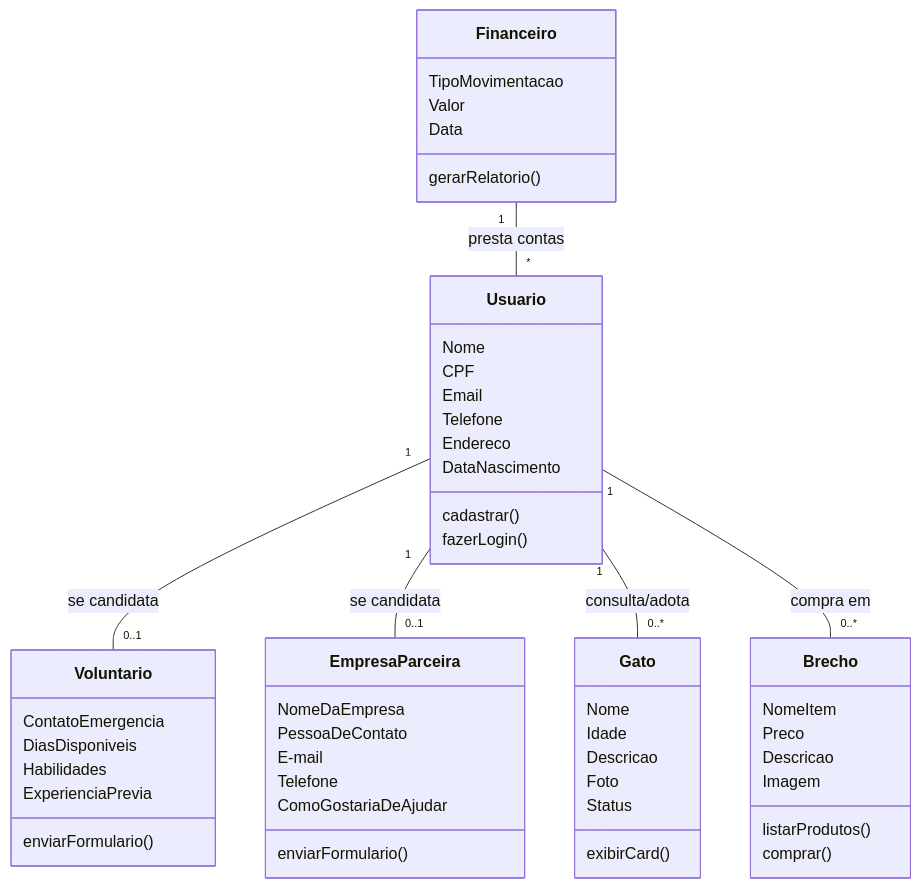
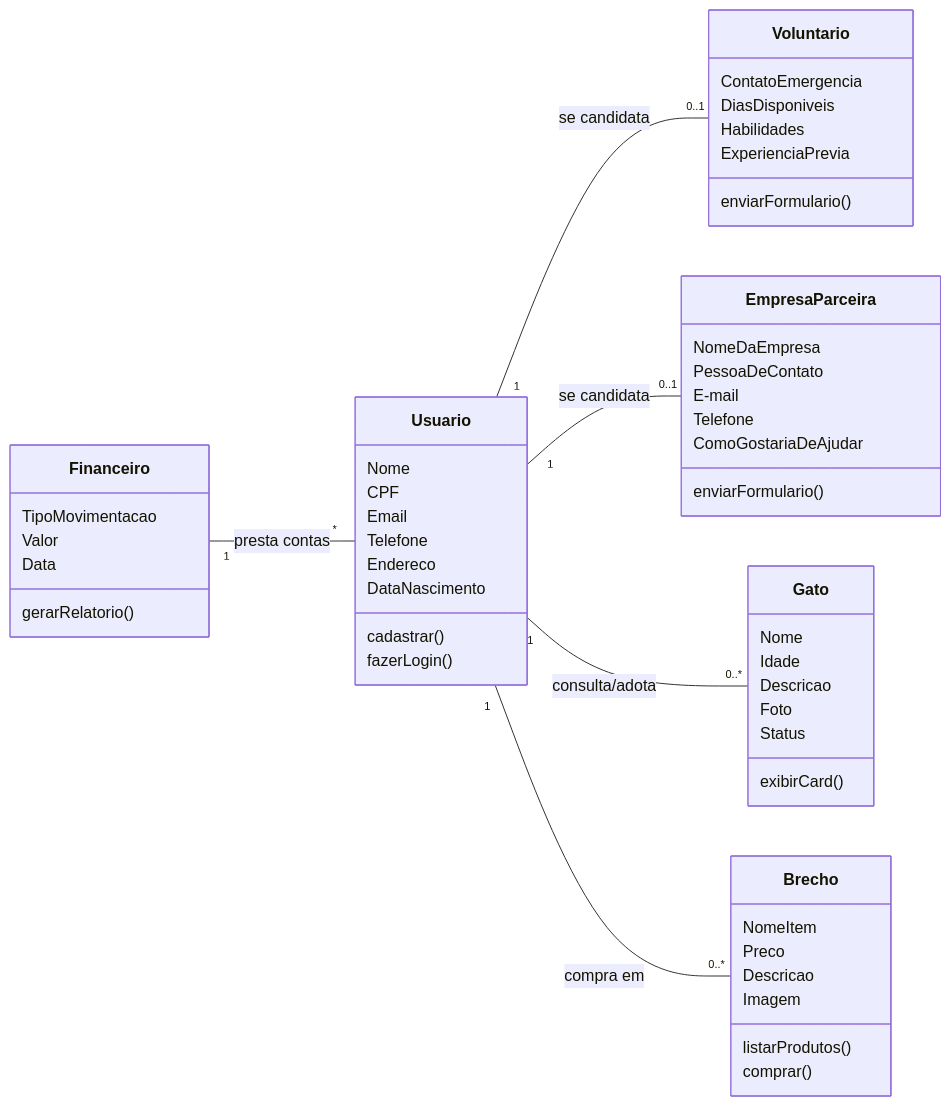
One commit to ligiaoliveira/Casa-dos-Gatos changed the tenth of 10 diagrams in README.md. Above: the diagram before and after it, drawn with Mermaid.

Commit message:
Fix class name and update class diagram in README

````diff
--- a/README.md
+++ b/README.md
@@ -713,61 +713,63 @@
 ```mermaid 
 classDiagram
+    direction LR
+
+    class Financeiro {
+        TipoMovimentacao
+        Valor
+        Data
+        gerarRelatorio()
+    }
+
     class Usuario {
         Nome
         CPF
         Email
         Telefone
         Endereco
         DataNascimento
         cadastrar()
         fazerLogin()
     }
 
     class Voluntario {
         ContatoEmergencia
         DiasDisponiveis
         Habilidades
         ExperienciaPrevia
         enviarFormulario()
     }
 
-    class Empresa Parceira {
+    class EmpresaParceira {
         NomeDaEmpresa
         PessoaDeContato
         E-mail
         Telefone
         ComoGostariaDeAjudar
         enviarFormulario()
     }
 
     class Gato {
         Nome
         Idade
         Descricao
         Foto
         Status
         exibirCard()
     }
 
     class Brecho {
         NomeItem
         Preco
         Descricao
         Imagem
         listarProdutos()
         comprar()
     }
 
-    class Financeiro {
-        TipoMovimentacao
-        Valor
-        Data
-        gerarRelatorio()
-    }
-
+    Financeiro "1" -- "*" Usuario : presta contas
     Usuario "1" -- "0..1" Voluntario : se candidata
-    Usuario "1" -- "0..1" Empresa Parceira : se candidata
+    Usuario "1" -- "0..1" EmpresaParceira : se candidata
     Usuario "1" -- "0..*" Gato : consulta/adota
     Usuario "1" -- "0..*" Brecho : compra em
-    Financeiro "1" -- "*" Usuario : presta contas
 ```
````
